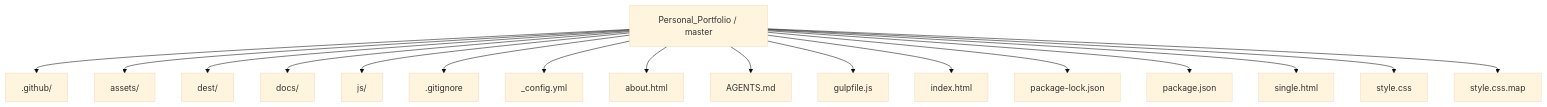
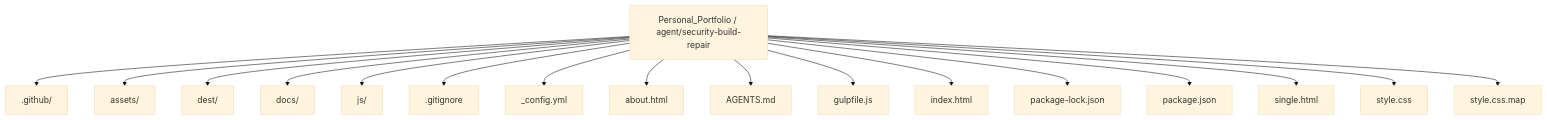
One commit to Nischhalsubba/Personal_Portfolio changed the first of 5 diagrams in README.md. Above: the diagram before and after it, drawn with Mermaid (base theme). The commit also changed other lines of this file, not shown here.

````diff
--- a/README.md
+++ b/README.md
@@ -55,20 +55,20 @@
 ```mermaid
 flowchart TD
-    ROOT["Personal_Portfolio / master"]
+    ROOT["Personal_Portfolio / agent/security-build-repair"]
     ROOT --> P0[".github/"]
     ROOT --> P1["assets/"]
     ROOT --> P2["dest/"]
     ROOT --> P3["docs/"]
     ROOT --> P4["js/"]
     ROOT --> P5[".gitignore"]
     ROOT --> P6["_config.yml"]
     ROOT --> P7["about.html"]
     ROOT --> P8["AGENTS.md"]
     ROOT --> P9["gulpfile.js"]
     ROOT --> P10["index.html"]
     ROOT --> P11["package-lock.json"]
     ROOT --> P12["package.json"]
     ROOT --> P13["single.html"]
     ROOT --> P14["style.css"]
     ROOT --> P15["style.css.map"]
 ```
````
